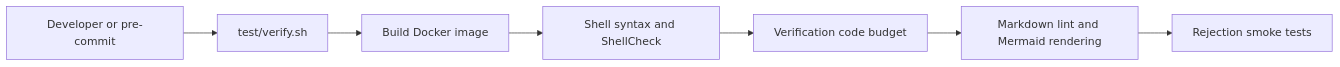
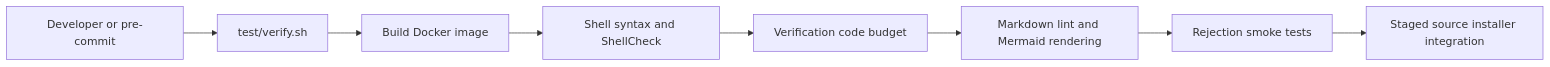
One commit to nicholasadamou/minipwner changed the diagram in docs/development.md. Above: the diagram before and after it, drawn with Mermaid. The commit also changed other lines of this file and 9 other files, not shown here.

````diff
--- a/docs/development.md
+++ b/docs/development.md
@@ -17,9 +17,10 @@
 ```mermaid
 flowchart LR
   Developer[Developer or pre-commit] --> Verify[test/verify.sh]
   Verify --> Build[Build Docker image]
   Build --> Static[Shell syntax and ShellCheck]
   Static --> Budget[Verification code budget]
   Budget --> Docs[Markdown lint and Mermaid rendering]
   Docs --> Rejection[Rejection smoke tests]
+  Rejection --> Integration[Staged source installer integration]
 ```
````
